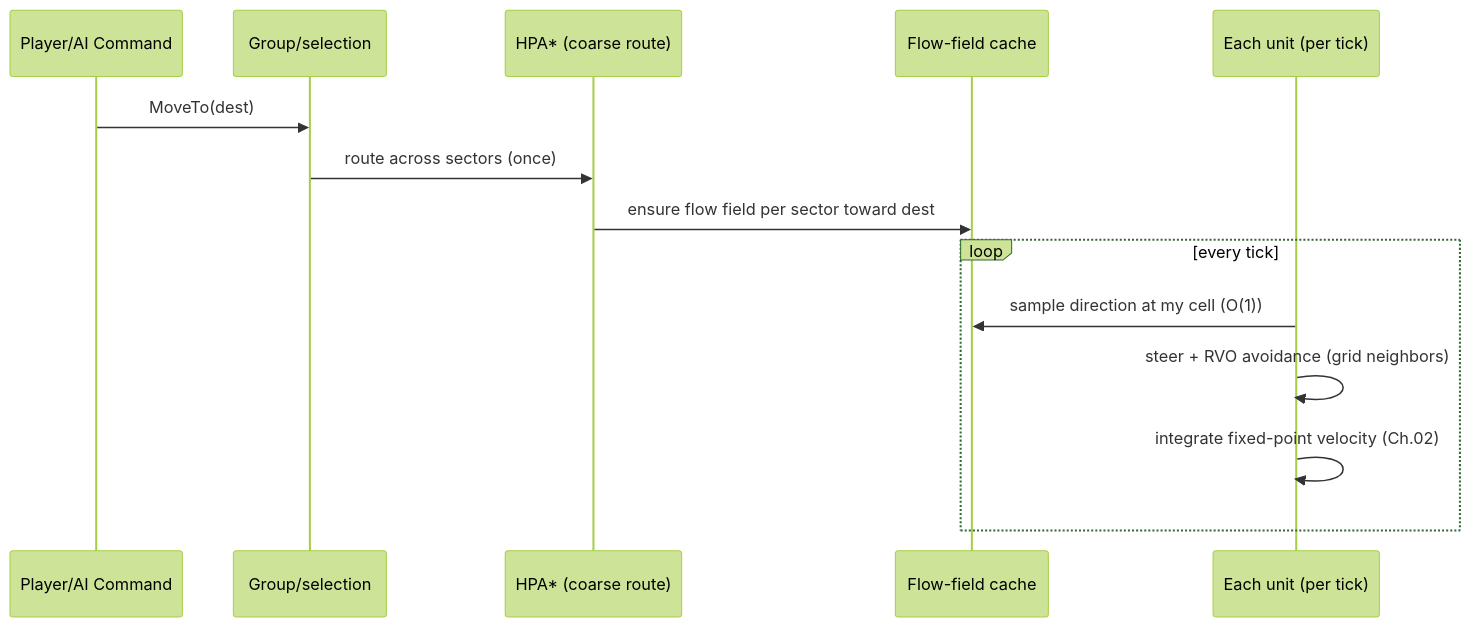
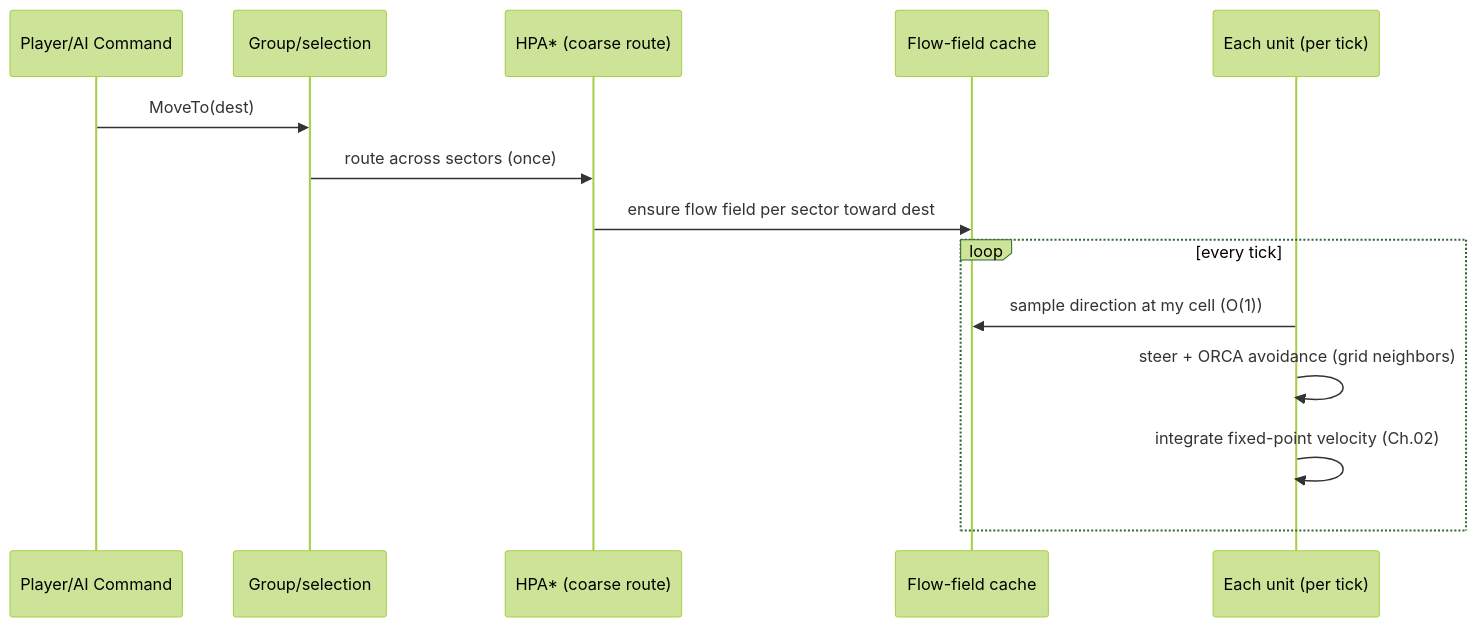
Before and after one commit to RubenTipparach/rts-99-jam: the fourth of 4 diagrams in docs/architecture/07-pathfinding-navigation.md, drawn with Mermaid (forest theme). The commit also changed other lines of this file and 5 other files, not shown here.

First line of the commit message:
Choose ORCA for local collision avoidance

````diff
--- a/docs/architecture/07-pathfinding-navigation.md
+++ b/docs/architecture/07-pathfinding-navigation.md
@@ -151,16 +185,16 @@
 ```mermaid
 sequenceDiagram
     participant P as Player/AI Command
     participant G as Group/selection
     participant H as HPA* (coarse route)
     participant F as Flow-field cache
     participant U as Each unit (per tick)
     P->>G: MoveTo(dest)
     G->>H: route across sectors (once)
     H->>F: ensure flow field per sector toward dest
     loop every tick
         U->>F: sample direction at my cell (O(1))
-        U->>U: steer + RVO avoidance (grid neighbors)
+        U->>U: steer + ORCA avoidance (grid neighbors)
         U->>U: integrate fixed-point velocity (Ch.02)
     end
 ```
````
